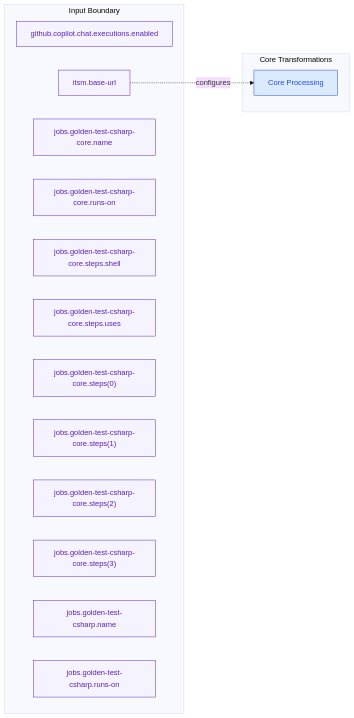
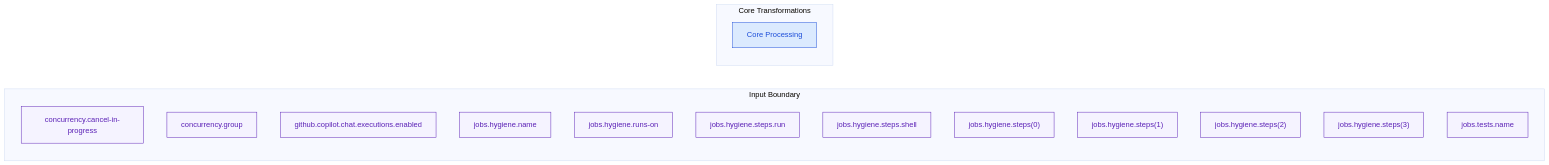
The diagram in docs/diagrams/data-flow.md (HeWhoRoams/AppDoc), drawn with Mermaid (base theme) before and after one commit. The commit also changed other lines of this file and 224 other files, not shown here.

````diff
--- a/docs/diagrams/data-flow.md
+++ b/docs/diagrams/data-flow.md
@@ -11,43 +11,42 @@
 ```mermaid
 flowchart LR
     %% Solid edges: runtime request/data flow. Dashed edges: structural/config/dependency links.
     subgraph inputs["Input Boundary"]
+        config_concurrency_cancel_in_4184c67a["concurrency.cancel-in-progress"]
+        config_concurrency_group_4353a474["concurrency.group"]
         config_github_copilot_chat_ex_3233c7ea["github.copilot.chat.executions.enabled"]
-        config_itsm_base_url_386a0b40["itsm.base-url"]
-        config_jobs_golden_test_cshar_a550e61a["jobs.golden-test-csharp-core.name"]
-        config_jobs_golden_test_cshar_56738826["jobs.golden-test-csharp-core.runs-on"]
-        config_jobs_golden_test_cshar_86c8eb3e["jobs.golden-test-csharp-core.steps.shell"]
-        config_jobs_golden_test_cshar_7ca31392["jobs.golden-test-csharp-core.steps.uses"]
-        config_jobs_golden_test_cshar_8a0b4f2d["jobs.golden-test-csharp-core.steps(0)"]
-        config_jobs_golden_test_cshar_3e4d8917["jobs.golden-test-csharp-core.steps(1)"]
-        config_jobs_golden_test_cshar_e6aa6fbd["jobs.golden-test-csharp-core.steps(2)"]
-        config_jobs_golden_test_cshar_b2b231cf["jobs.golden-test-csharp-core.steps(3)"]
-        config_jobs_golden_test_cshar_3b25b092["jobs.golden-test-csharp.name"]
-        config_jobs_golden_test_cshar_b895bb4e["jobs.golden-test-csharp.runs-on"]
+        config_jobs_hygiene_name_a7867886["jobs.hygiene.name"]
+        config_jobs_hygiene_runs_on_f616492a["jobs.hygiene.runs-on"]
+        config_jobs_hygiene_steps_run_348a44cb["jobs.hygiene.steps.run"]
+        config_jobs_hygiene_steps_she_e80f611f["jobs.hygiene.steps.shell"]
+        config_jobs_hygiene_steps_0_81f99013["jobs.hygiene.steps(0)"]
+        config_jobs_hygiene_steps_1_1f5e909e["jobs.hygiene.steps(1)"]
+        config_jobs_hygiene_steps_2_93e42ea2["jobs.hygiene.steps(2)"]
+        config_jobs_hygiene_steps_3_74378ec2["jobs.hygiene.steps(3)"]
+        config_jobs_tests_name_93d08342["jobs.tests.name"]
     end
     subgraph processing["Core Transformations"]
         component_core_processing_6d28d771["Core Processing"]
     end
-    config_itsm_base_url_386a0b40 -.->|configures| component_core_processing_6d28d771
     class component_core_processing_6d28d771 component
+    class config_concurrency_cancel_in_4184c67a config
+    class config_concurrency_group_4353a474 config
     class config_github_copilot_chat_ex_3233c7ea config
-    class config_itsm_base_url_386a0b40 config
-    class config_jobs_golden_test_cshar_a550e61a config
-    class config_jobs_golden_test_cshar_56738826 config
-    class config_jobs_golden_test_cshar_86c8eb3e config
-    class config_jobs_golden_test_cshar_7ca31392 config
-    class config_jobs_golden_test_cshar_8a0b4f2d config
-    class config_jobs_golden_test_cshar_3e4d8917 config
-    class config_jobs_golden_test_cshar_e6aa6fbd config
-    class config_jobs_golden_test_cshar_b2b231cf config
-    class config_jobs_golden_test_cshar_3b25b092 config
-    class config_jobs_golden_test_cshar_b895bb4e config
+    class config_jobs_hygiene_name_a7867886 config
+    class config_jobs_hygiene_runs_on_f616492a config
+    class config_jobs_hygiene_steps_run_348a44cb config
+    class config_jobs_hygiene_steps_she_e80f611f config
+    class config_jobs_hygiene_steps_0_81f99013 config
+    class config_jobs_hygiene_steps_1_1f5e909e config
+    class config_jobs_hygiene_steps_2_93e42ea2 config
+    class config_jobs_hygiene_steps_3_74378ec2 config
+    class config_jobs_tests_name_93d08342 config
 classDef actor fill:#0f172a,stroke:#0f172a,color:#ffffff,stroke-width:1px
 classDef inbound fill:#dcfce7,stroke:#166534,color:#166534,stroke-width:1px
 classDef outbound fill:#ffedd5,stroke:#9a3412,color:#9a3412,stroke-width:1px
 classDef component fill:#dbeafe,stroke:#1d4ed8,color:#1d4ed8,stroke-width:1px
 classDef data fill:#fef9c3,stroke:#854d0e,color:#854d0e,stroke-width:1px
 classDef config fill:#f5f3ff,stroke:#5b21b6,color:#5b21b6,stroke-width:1px
 classDef external fill:#fee2e2,stroke:#991b1b,color:#991b1b,stroke-width:1px
 classDef dependency fill:#ede9fe,stroke:#4338ca,color:#4338ca,stroke-width:1px
 ```
````
